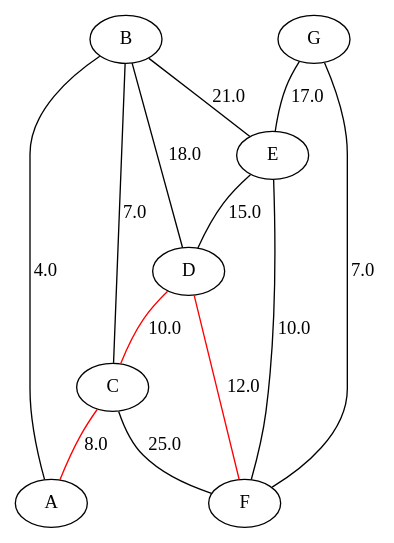
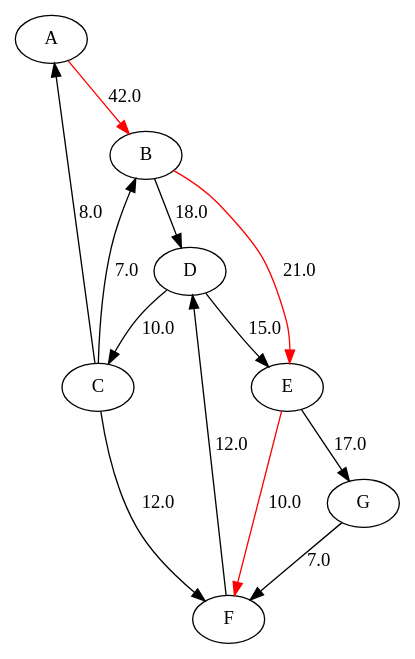
The diagram in dotsource.dot (pcaz/SIM), drawn with Graphviz before and after one commit. The commit also changed 17 other files, not shown here.

```diff
--- a/dotsource.dot
+++ b/dotsource.dot
@@ -1,21 +1,21 @@
-graph G {
+digraph G {
 A;
 B;
 C;
 D;
 E;
 F;
 G;
-B--A [label=4.0];
-C--A [label=8.0color=red];
-C--B [label=7.0];
-B--D [label=18.0];
-D--C [label=10.0color=red];
-C--F [label=25.0];
-B--E [label=21.0];
-E--F [label=10.0];
-D--F [label=12.0color=red];
-E--D [label=15.0];
-G--E [label=17.0];
-G--F [label=7.0];
+A -> B [label=42.0color=red];
+C -> A [label=8.0];
+C -> B [label=7.0];
+B -> D [label=18.0];
+D -> C [label=10.0];
+C -> F [label=12.0];
+B -> E [label=21.0color=red];
+E -> F [label=10.0color=red];
+F -> D [label=12.0];
+D -> E [label=15.0];
+E -> G [label=17.0];
+G -> F [label=7.0];
 }
```
